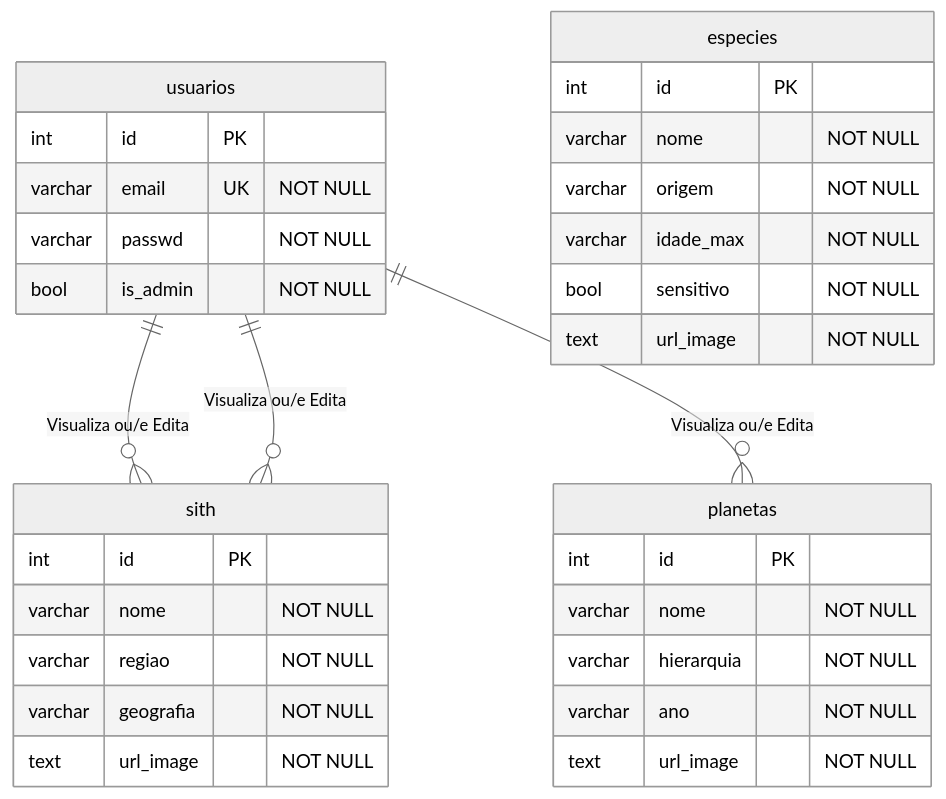
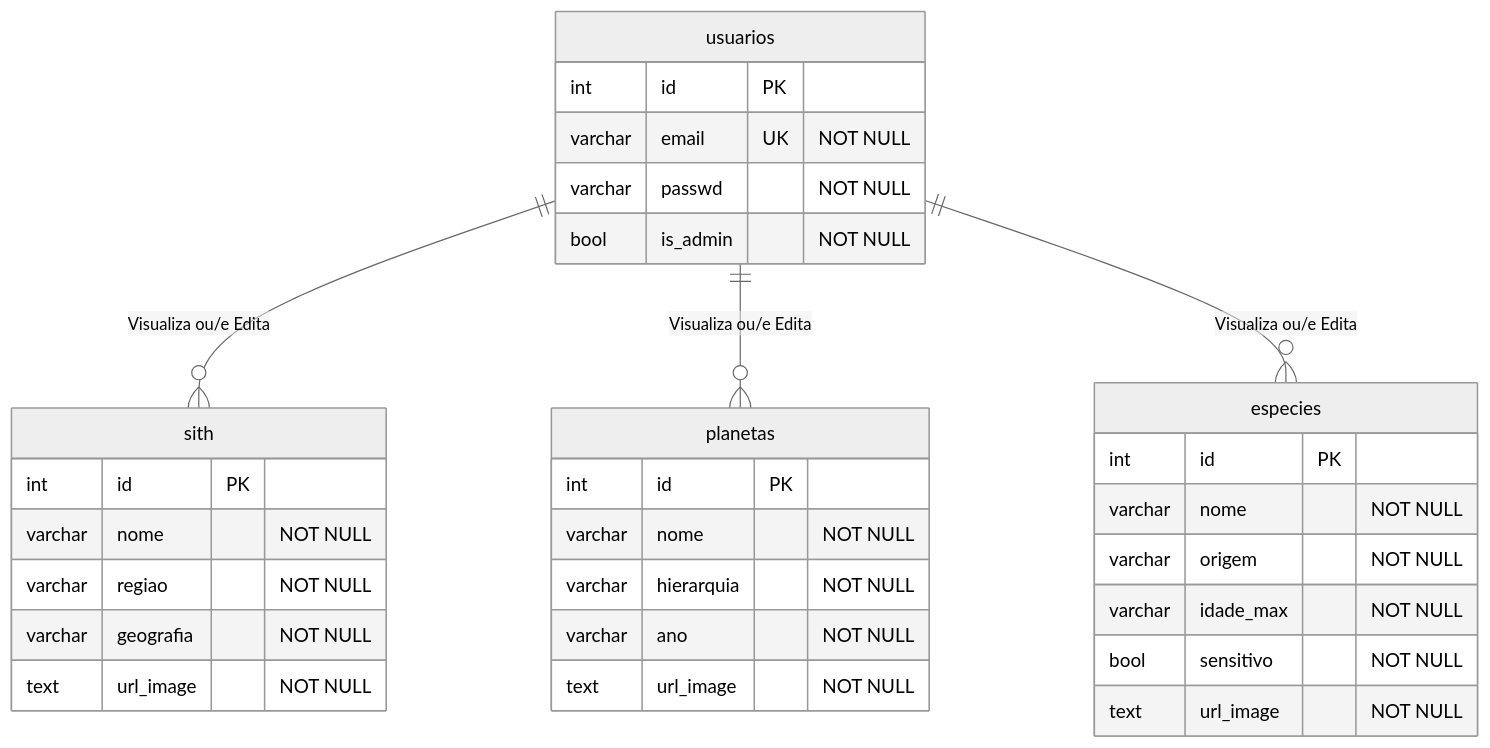
The diagram in readme.md (FelipeFerreiraRodrigues/arq_jedi), drawn with Mermaid (neutral theme) before and after one commit.

Commit message:
Corrigindo README
Updated relationships in the readme to include species.

````diff
--- a/readme.md
+++ b/readme.md
@@ -246,40 +246,40 @@
 ```mermaid
 erDiagram
 
     usuarios {
         int id PK
         varchar email UK "NOT NULL"
         varchar passwd "NOT NULL"
         bool is_admin "NOT NULL"
     }
 
     especies {
         int id PK
         varchar nome "NOT NULL"
         varchar origem "NOT NULL"
         varchar idade_max "NOT NULL"
         bool sensitivo "NOT NULL"
         text url_image "NOT NULL"
     }
 
     planetas {
         int id PK
         varchar nome "NOT NULL"
         varchar hierarquia "NOT NULL"
         varchar ano "NOT NULL"
         text url_image "NOT NULL"
     }
 
     sith {
         int id PK
         varchar nome "NOT NULL"
         varchar regiao "NOT NULL"
         varchar geografia "NOT NULL"
         text url_image "NOT NULL"
     }
 
     usuarios ||--o{sith : "Visualiza ou/e Edita"
     usuarios ||--o{planetas : "Visualiza ou/e Edita"
-    usuarios ||--o{sith : "Visualiza ou/e Edita"
+    usuarios ||--o{especies : "Visualiza ou/e Edita"
 
 ```
````
